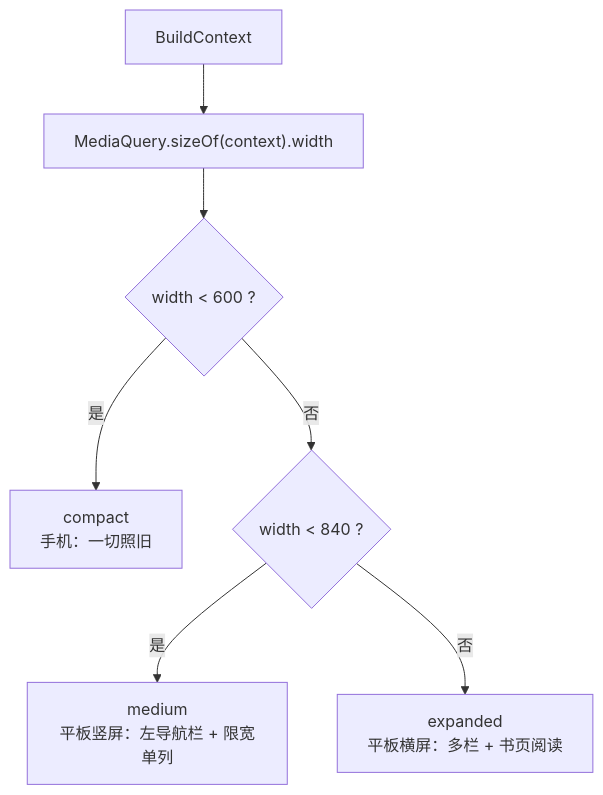
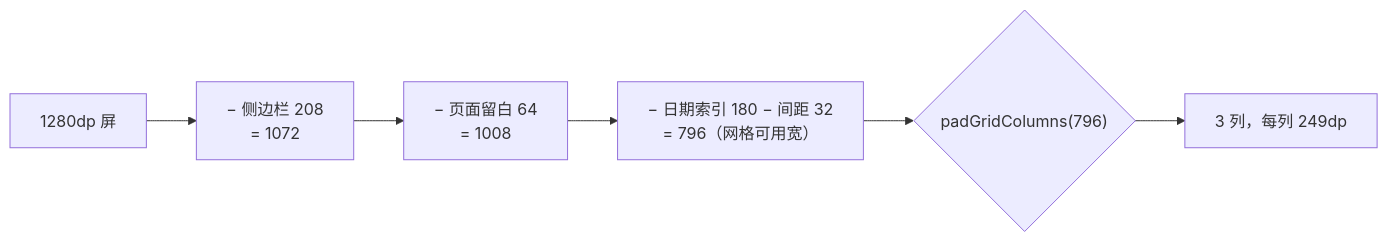
Before and after one commit to kindywu/contexta: the first of 3 diagrams in impl/app/flutter/docs/adaptive-layout.md, drawn with Mermaid. The commit also changed other lines of this file and 5 other files, not shown here.

````diff
--- a/impl/app/flutter/docs/adaptive-layout.md
+++ b/impl/app/flutter/docs/adaptive-layout.md
@@ -48,9 +62,8 @@
 ```mermaid
-flowchart TD
-    A[BuildContext] --> B["MediaQuery.sizeOf(context).width"]
-    B --> C{"width < 600 ?"}
-    C -- 是 --> D["compact<br/>手机：一切照旧"]
-    C -- 否 --> E{"width < 840 ?"}
-    E -- 是 --> F["medium<br/>平板竖屏：左导航栏 + 限宽单列"]
-    E -- 否 --> G["expanded<br/>平板横屏：多栏 + 书页阅读"]
+flowchart LR
+    A["1280dp 屏"] --> B["− 侧边栏 208<br/>= 1072"]
+    B --> C["− 页面留白 64<br/>= 1008"]
+    C --> D["− 日期索引 180 − 间距 32<br/>= 796（网格可用宽）"]
+    D --> E{"padGridColumns(796)"}
+    E --> F["3 列，每列 249dp"]
 ```
````
